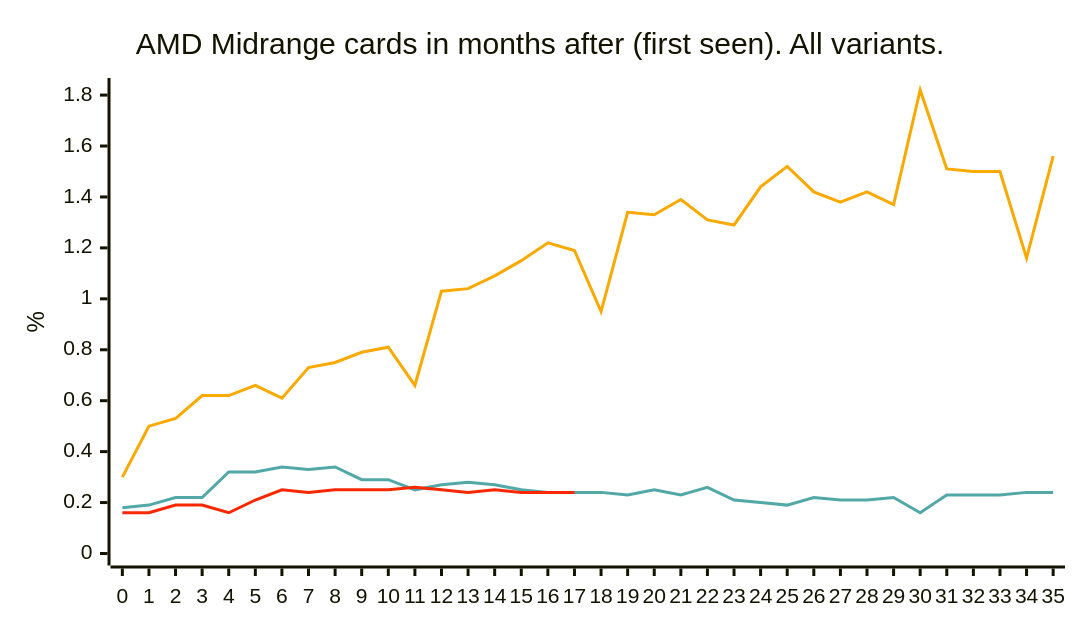
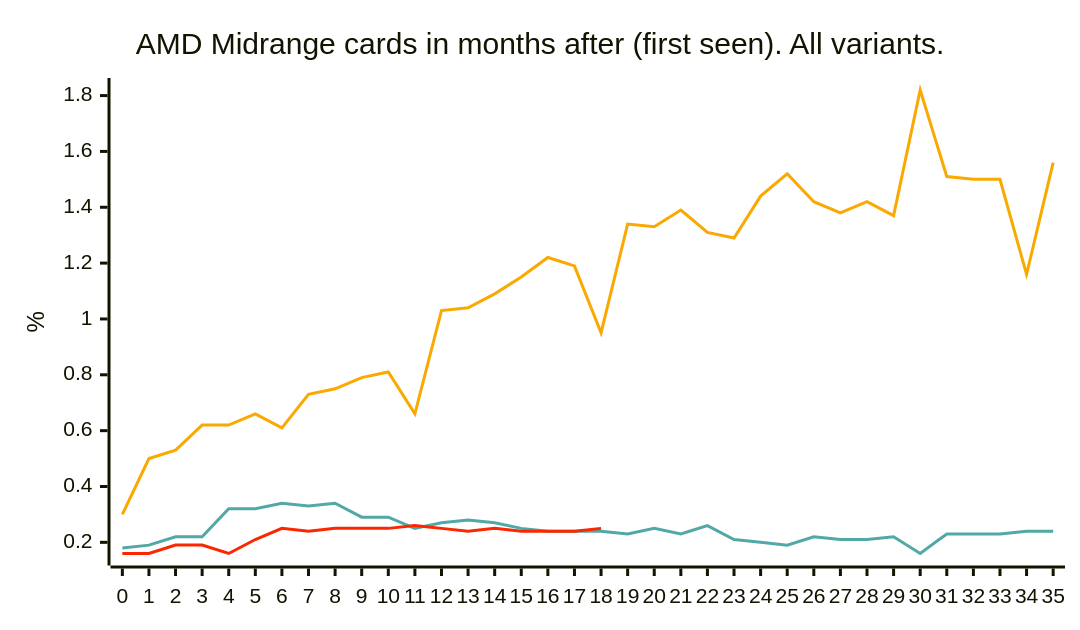
Before and after one commit to jdegene/steamHWsurvey: the ninth of 31 diagrams in README.md, drawn with Mermaid. The commit also changed other lines of this file and 3 other files, not shown here.

````diff
--- a/README.md
+++ b/README.md
@@ -319,23 +319,23 @@
 ```mermaid
 ---
 config:
     xyChart:
         width: 700
         height: 400
         
     themeVariables:
         xyChart:
             plotColorPalette: "#51a8a6,#f9a900,#f92800,#d92080,#8a52a6"
 
 --- 
 
 
 xychart-beta
     title "AMD Midrange cards in months after (first seen). All variants."
     x-axis[0, 1, 2, 3, 4, 5, 6, 7, 8, 9, 10, 11, 12, 13, 14, 15, 16, 17, 18, 19, 20, 21, 22, 23, 24, 25, 26, 27, 28, 29, 30, 31, 32, 33, 34, 35]
     y-axis "%" 
     line [0.18, 0.19, 0.22, 0.22, 0.32, 0.32, 0.33999999999999997, 0.33, 0.33999999999999997, 0.29, 0.29, 0.25, 0.27, 0.27999999999999997, 0.27, 0.25, 0.24, 0.24, 0.24, 0.22999999999999998, 0.25, 0.22999999999999998, 0.26, 0.21, 0.2, 0.19, 0.22, 0.21, 0.21, 0.22, 0.16, 0.22999999999999998, 0.22999999999999998, 0.22999999999999998, 0.24, 0.24]
-    line [0.3, 0.5, 0.53, 0.62, 0.62, 0.66, 0.61, 0.73, 0.75, 0.79, 0.8099999999999999, 0.66, 1.03, 1.04, 1.09, 1.15, 1.22, 1.1900000000000002, 0.95, 1.34, 1.3299999999999998, 1.39, 1.31, 1.29, 1.44, 1.52, 1.4200000000000002, 1.38, 1.42, 1.37, 1.82, 1.51, 1.5, 1.5, 1.16, 1.5599999999999998]
-    line [0.16, 0.16, 0.19, 0.19, 0.16, 0.21, 0.25, 0.24, 0.25, 0.25, 0.25, 0.26, 0.25, 0.24, 0.25, 0.24, 0.24, 0.24]
-    line [0]
+    line [0.3, 0.5, 0.53, 0.62, 0.62, 0.66, 0.61, 0.73, 0.75, 0.79, 0.8099999999999999, 0.66, 1.03, 1.04, 1.09, 1.15, 1.22, 1.1900000000000002, 0.95, 1.34, 1.3299999999999998, 1.39, 1.31, 1.29, 1.44, 1.52, 1.4200000000000002, 1.38, 1.4200000000000002, 1.37, 1.82, 1.51, 1.5, 1.5, 1.16, 1.5599999999999998]
+    line [0.16, 0.16, 0.19, 0.19, 0.16, 0.21, 0.25, 0.24, 0.25, 0.25, 0.25, 0.26, 0.25, 0.24, 0.25, 0.24, 0.24, 0.24, 0.25]
+    line [0.16999999999999998]
 ``` 
````
